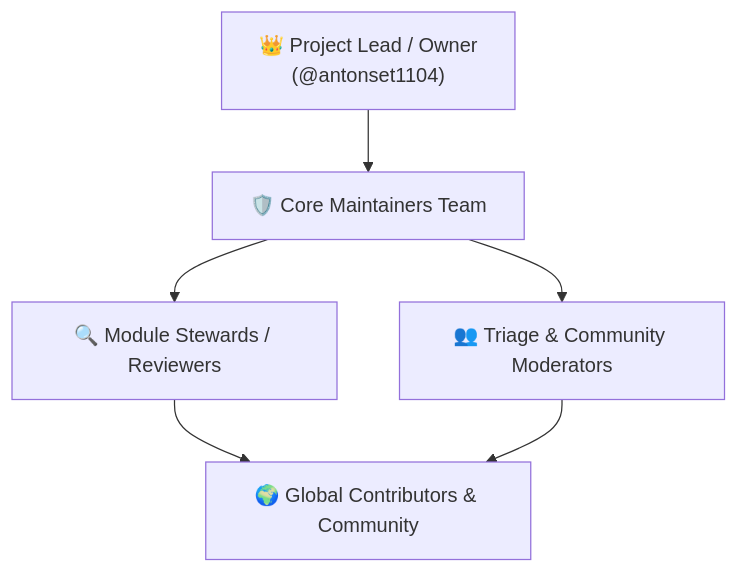
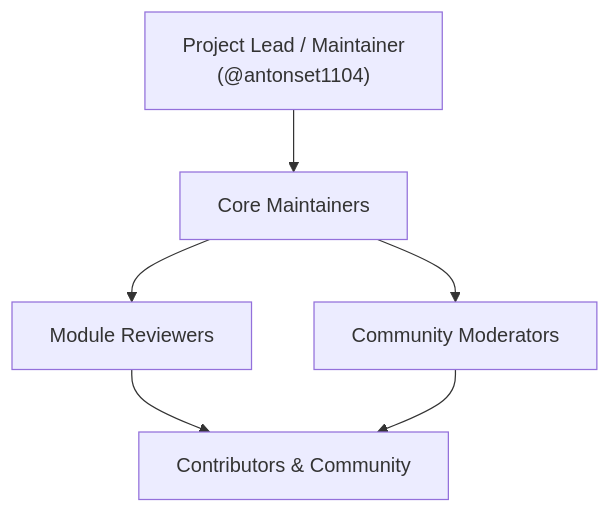
The diagram in docs/OPEN_SOURCE_GUIDE.md (antonset1104/erp), drawn with Mermaid before and after one commit. The commit also changed other lines of this file and 7 other files, not shown here.

````diff
--- a/docs/OPEN_SOURCE_GUIDE.md
+++ b/docs/OPEN_SOURCE_GUIDE.md
@@ -27,8 +26,8 @@
 ```mermaid
 graph TD
-    A["👑 Project Lead / Owner<br/>(@antonset1104)"] --> B["🛡️ Core Maintainers Team"]
-    B --> C["🔍 Module Stewards / Reviewers"]
-    B --> D["👥 Triage & Community Moderators"]
-    C --> E["🌍 Global Contributors & Community"]
+    A["Project Lead / Maintainer<br/>(@antonset1104)"] --> B["Core Maintainers"]
+    B --> C["Module Reviewers"]
+    B --> D["Community Moderators"]
+    C --> E["Contributors & Community"]
     D --> E
 ```
````
